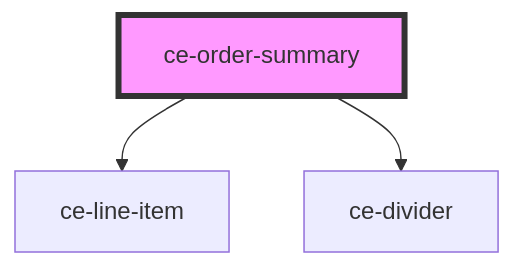
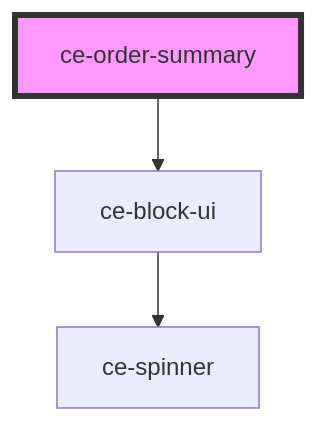
The diagram in packages/components/docs/components/controllers/order-summary/readme.md (surecart/surecart-wp-plugin), drawn with Mermaid before and after one commit. The commit also changed other lines of this file and 19 other files, not shown here.

````diff
--- a/packages/components/docs/components/controllers/order-summary/readme.md
+++ b/packages/components/docs/components/controllers/order-summary/readme.md
@@ -25,6 +22,6 @@
 ```mermaid
 graph TD;
-  ce-order-summary --> ce-line-item
-  ce-order-summary --> ce-divider
+  ce-order-summary --> ce-block-ui
+  ce-block-ui --> ce-spinner
   style ce-order-summary fill:#f9f,stroke:#333,stroke-width:4px
 ```
````
